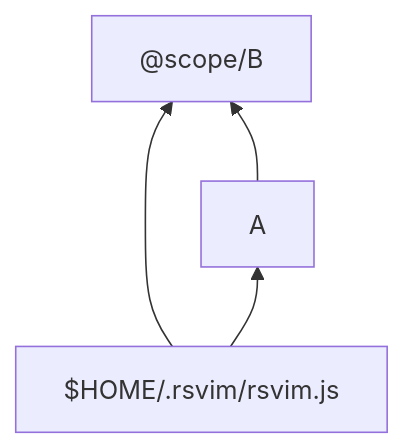
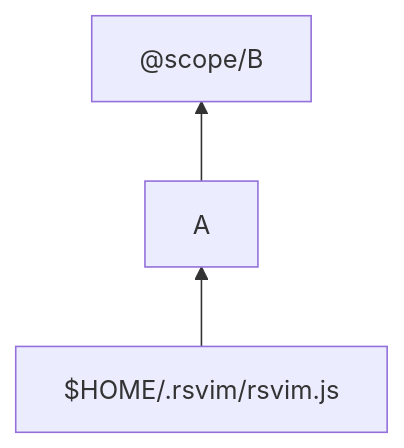
The diagram in docs/manual/configuration/install_plugin.md (rsvim/rsvim.github.io), drawn with Mermaid before and after one commit.

````diff
--- a/docs/manual/configuration/install_plugin.md
+++ b/docs/manual/configuration/install_plugin.md
@@ -173,6 +173,5 @@
 ```mermaid
 graph BT;
     $HOME/.rsvim/rsvim.js-->A;
-    $HOME/.rsvim/rsvim.js-->B;
     A-->B["@scope/B"];
 ```
````
